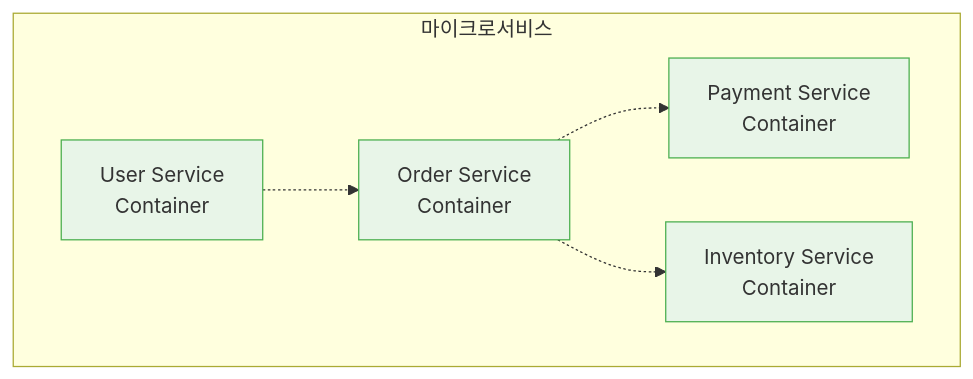
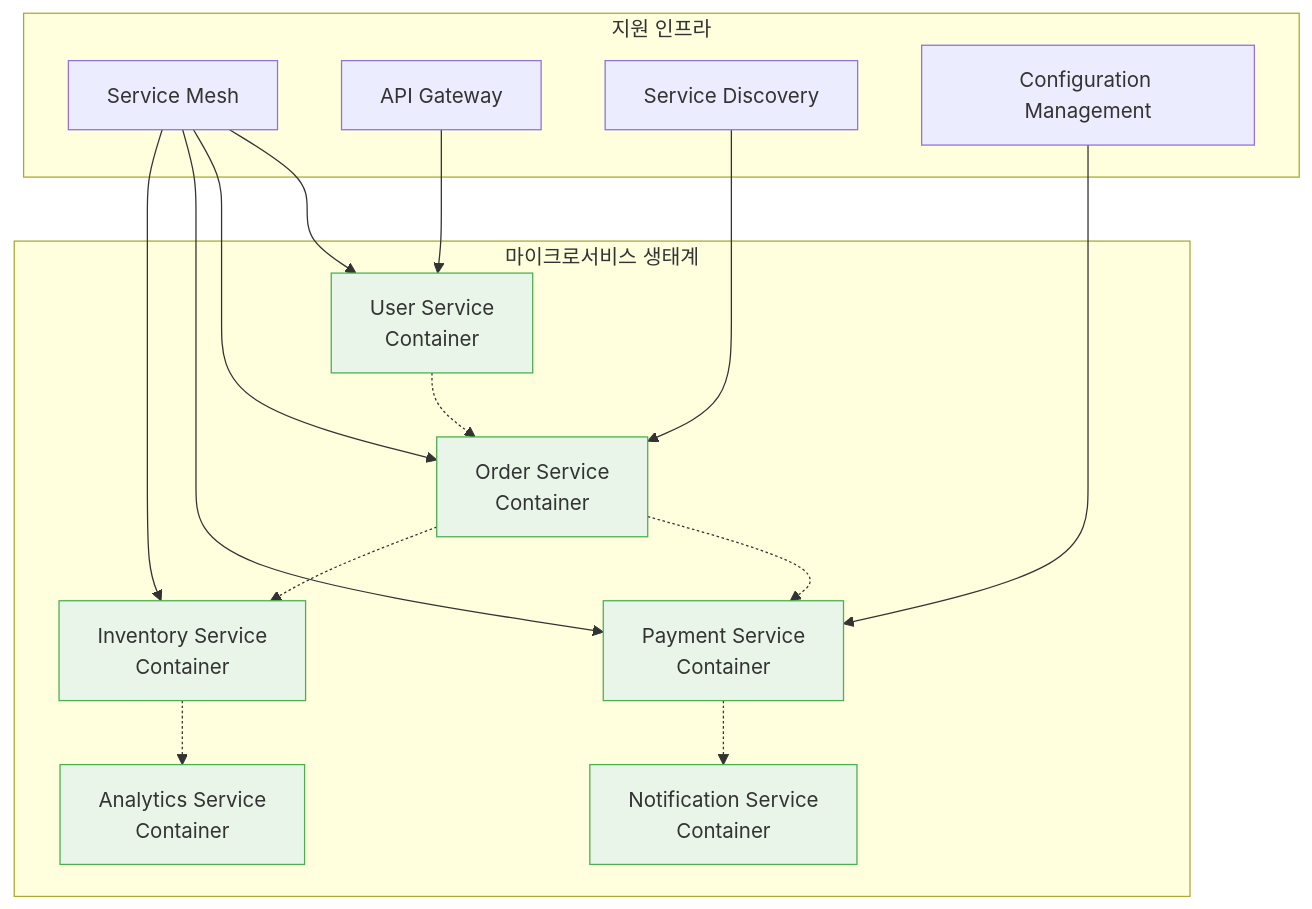
Before and after one commit to niceguy61/kdt_devops_lecture_2025: the second of 2 diagrams in week_01/day_02/session_01.md, drawn with Mermaid. The commit also changed other lines of this file and 15 other files, not shown here.

````diff
--- a/week_01/day_02/session_01.md
+++ b/week_01/day_02/session_01.md
@@ -151,18 +834,39 @@
 ```mermaid
 graph TB
-    subgraph "마이크로서비스"
+    subgraph "마이크로서비스 생태계"
         A[User Service<br/>Container]
         B[Order Service<br/>Container]
         C[Payment Service<br/>Container]
         D[Inventory Service<br/>Container]
+        E[Notification Service<br/>Container]
+        F[Analytics Service<br/>Container]
+    end
+    
+    subgraph "지원 인프라"
+        G[Service Mesh]
+        H[API Gateway]
+        I[Service Discovery]
+        J[Configuration Management]
     end
     
     A -.-> B
     B -.-> C
     B -.-> D
+    C -.-> E
+    D -.-> F
+    
+    G --> A
+    G --> B
+    G --> C
+    G --> D
+    H --> A
+    I --> B
+    J --> C
     
     style A fill:#e8f5e8,stroke:#4caf50
     style B fill:#e8f5e8,stroke:#4caf50
     style C fill:#e8f5e8,stroke:#4caf50
     style D fill:#e8f5e8,stroke:#4caf50
+    style E fill:#e8f5e8,stroke:#4caf50
+    style F fill:#e8f5e8,stroke:#4caf50
 ```
````
